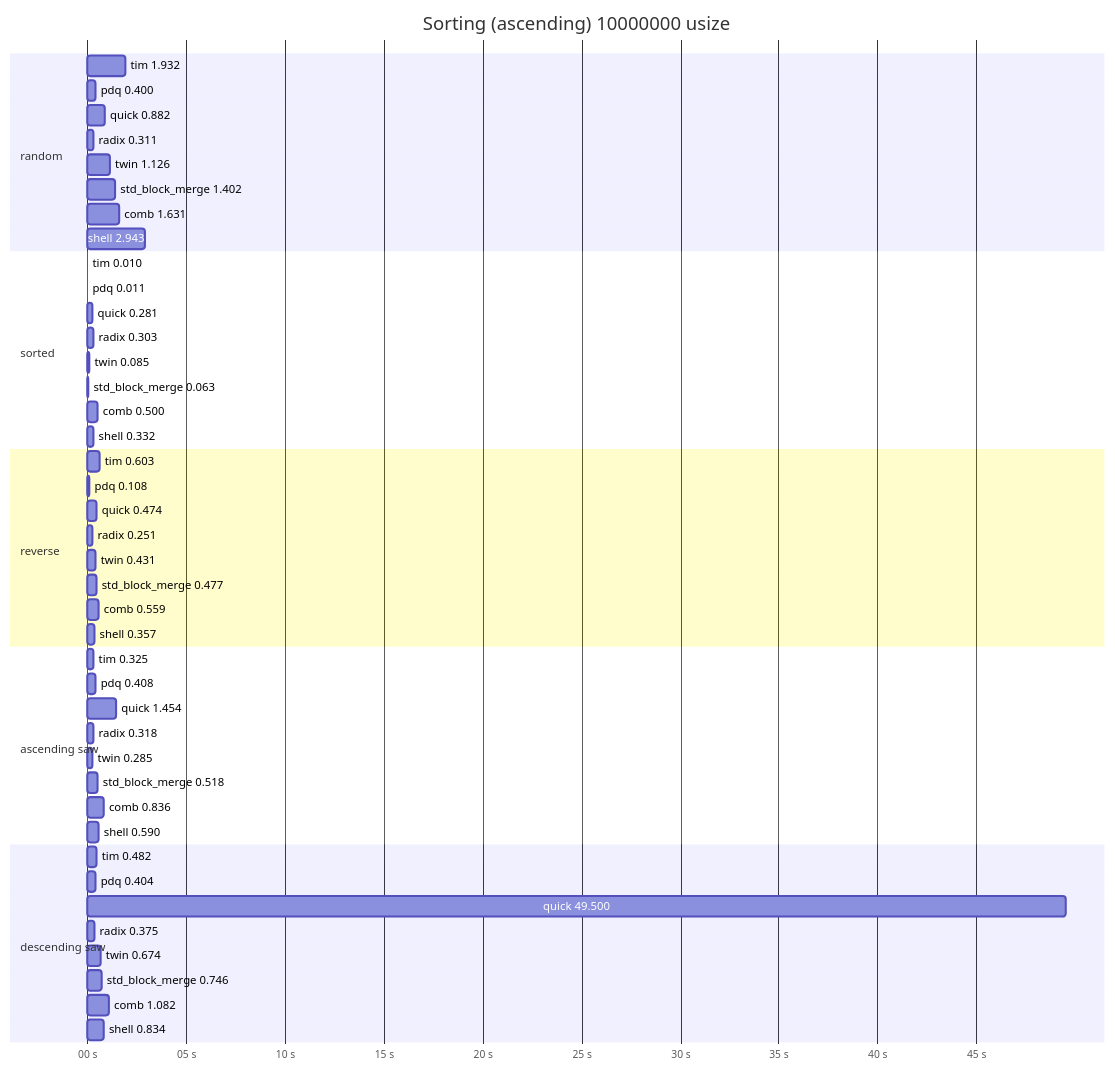
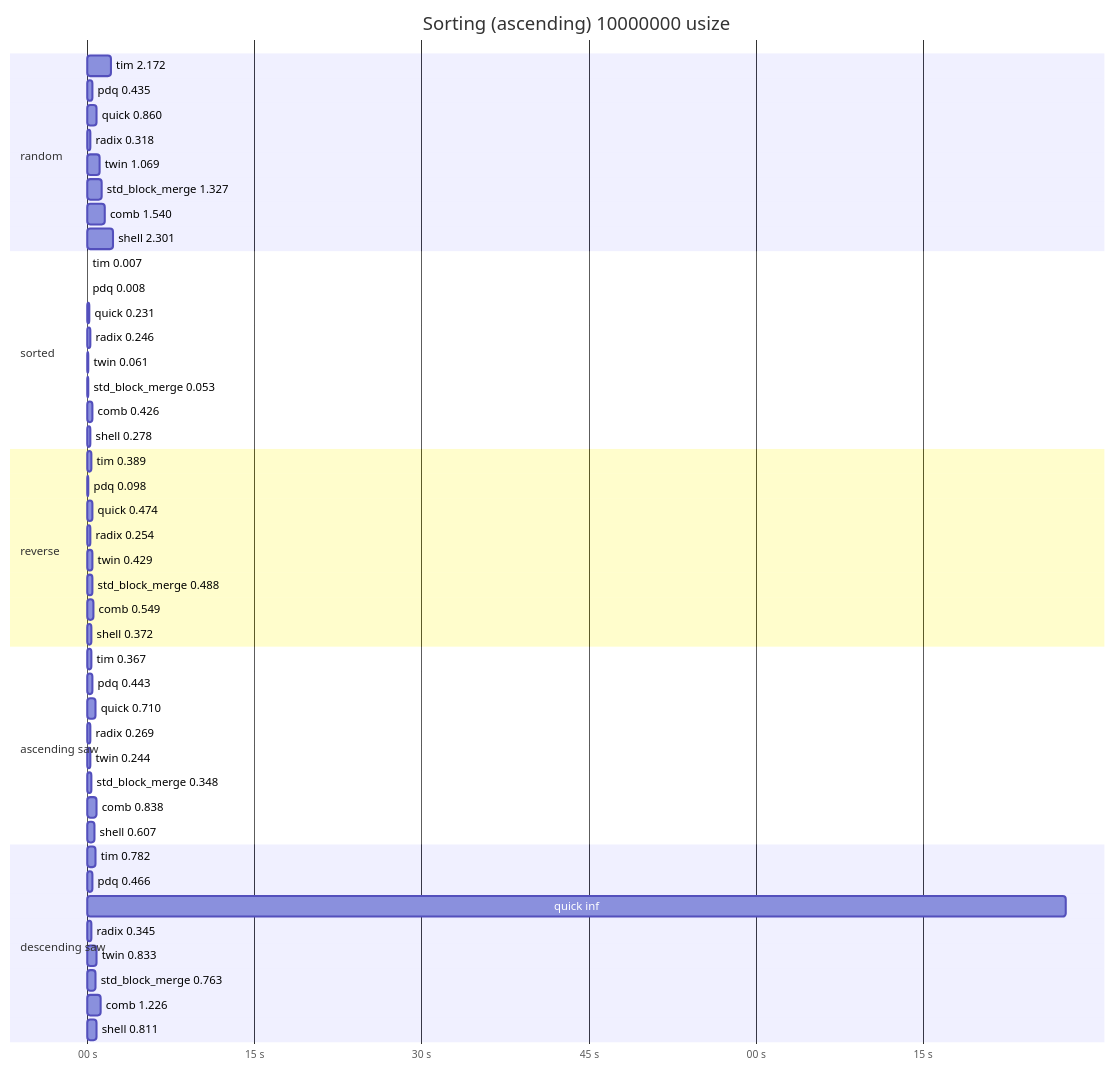
One commit to alichraghi/zort changed the first of 2 diagrams in README.md. Above: the diagram before and after it, drawn with Mermaid. The commit also changed other lines of this file and 2 other files, not shown here.

````diff
--- a/README.md
+++ b/README.md
@@ -47,51 +47,51 @@
 ```mermaid
 gantt
     title Sorting (ascending) 10000000 usize
     dateFormat x
     axisFormat %S s
     section random
-    tim 1.932: 0,1932
-    pdq 0.400: 0,400
-    quick 0.882: 0,882
-    radix 0.311: 0,311
-    twin 1.126: 0,1126
-    std_block_merge 1.402: 0,1402
-    comb 1.631: 0,1631
-    shell 2.943: 0,2944
+    tim 2.172: 0,2173
+    pdq 0.435: 0,435
+    quick 0.860: 0,860
+    radix 0.318: 0,318
+    twin 1.069: 0,1069
+    std_block_merge 1.327: 0,1327
+    comb 1.540: 0,1540
+    shell 2.301: 0,2299
     section sorted
-    tim 0.010: 0,10
-    pdq 0.011: 0,11
-    quick 0.281: 0,281
-    radix 0.303: 0,303
-    twin 0.085: 0,85
-    std_block_merge 0.063: 0,63
-    comb 0.500: 0,500
-    shell 0.332: 0,332
+    tim 0.007: 0,7
+    pdq 0.008: 0,8
+    quick 0.231: 0,231
+    radix 0.246: 0,246
+    twin 0.061: 0,61
+    std_block_merge 0.053: 0,53
+    comb 0.426: 0,426
+    shell 0.278: 0,278
     section reverse
-    tim 0.603: 0,603
-    pdq 0.108: 0,108
+    tim 0.389: 0,389
+    pdq 0.098: 0,98
     quick 0.474: 0,474
-    radix 0.251: 0,251
-    twin 0.431: 0,431
-    std_block_merge 0.477: 0,477
-    comb 0.559: 0,559
-    shell 0.357: 0,357
+    radix 0.254: 0,254
+    twin 0.429: 0,429
+    std_block_merge 0.488: 0,488
+    comb 0.549: 0,549
+    shell 0.372: 0,372
     section ascending saw
-    tim 0.325: 0,325
-    pdq 0.408: 0,408
-    quick 1.454: 0,1454
-    radix 0.318: 0,318
-    twin 0.285: 0,285
-    std_block_merge 0.518: 0,518
-    comb 0.836: 0,836
-    shell 0.590: 0,590
+    tim 0.367: 0,367
+    pdq 0.443: 0,443
+    quick 0.710: 0,710
+    radix 0.269: 0,269
+    twin 0.244: 0,244
+    std_block_merge 0.348: 0,348
+    comb 0.838: 0,838
+    shell 0.607: 0,607
     section descending saw
-    tim 0.482: 0,482
-    pdq 0.404: 0,404
-    quick 49.500: 0,49519
-    radix 0.375: 0,375
-    twin 0.674: 0,674
-    std_block_merge 0.746: 0,746
-    comb 1.082: 0,1082
-    shell 0.834: 0,834
+    tim 0.782: 0,782
+    pdq 0.466: 0,466
+    quick inf: 0,87854
+    radix 0.345: 0,345
+    twin 0.833: 0,833
+    std_block_merge 0.763: 0,763
+    comb 1.226: 0,1226
+    shell 0.811: 0,811
 ```
````
